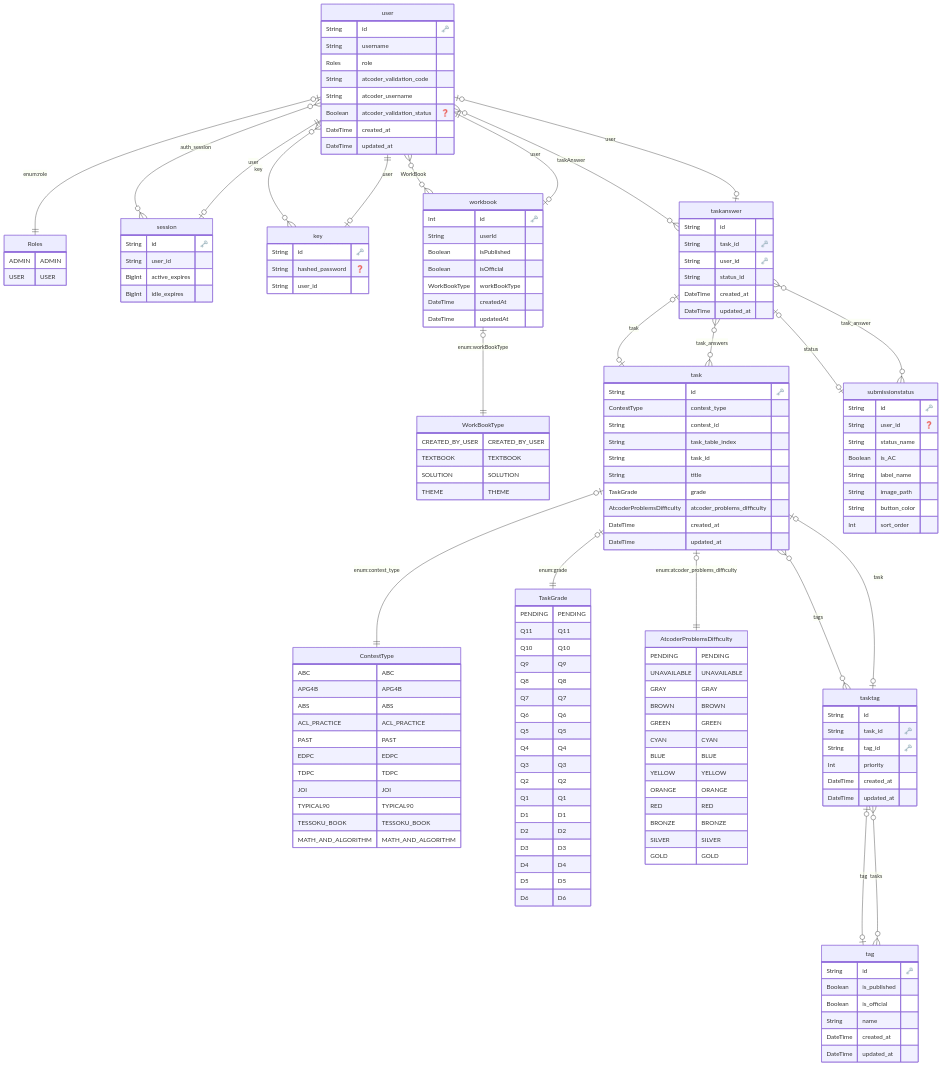
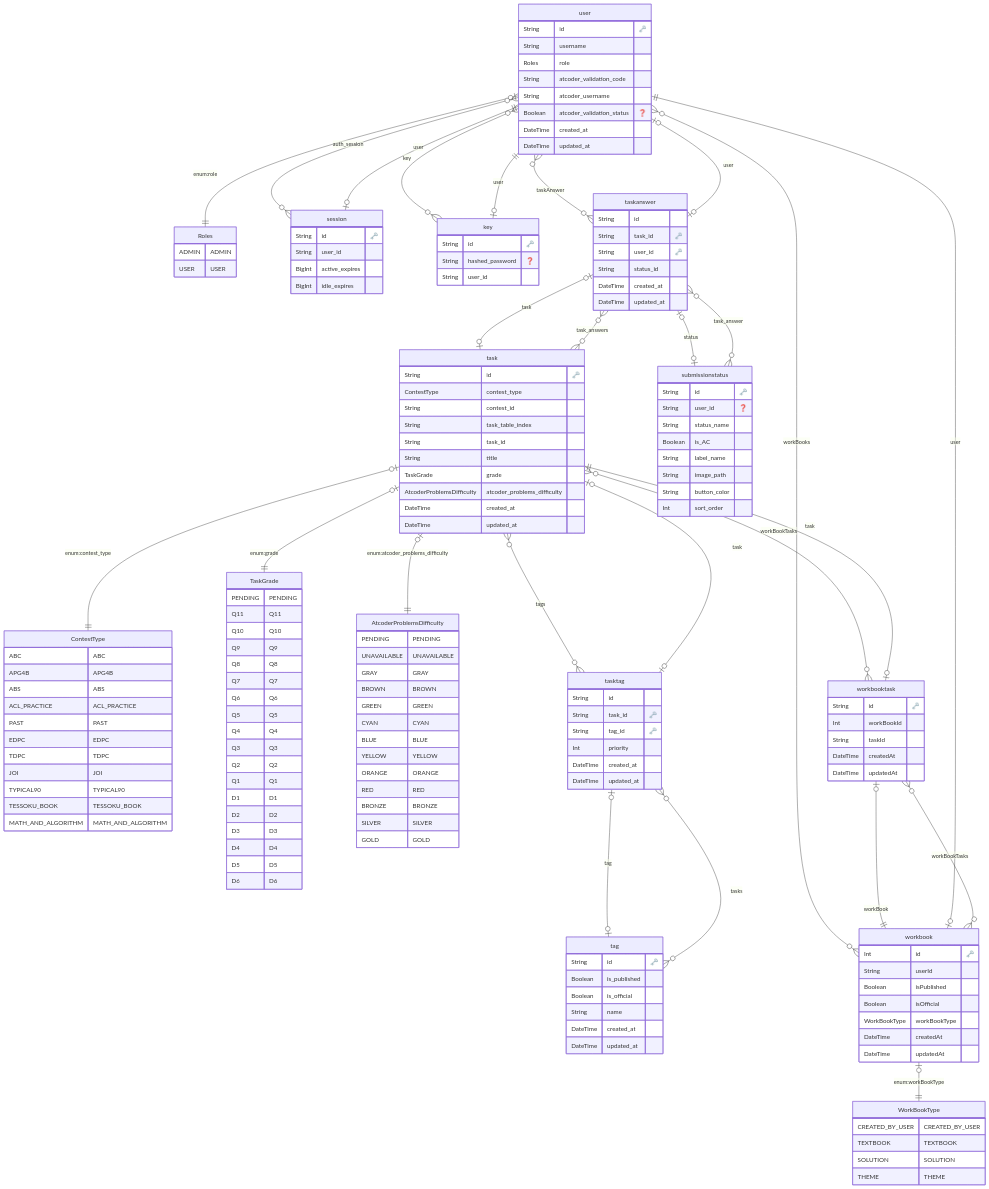
Before and after one commit to AtCoder-NoviSteps/AtCoderNoviSteps: the diagram in prisma/ERD.md, drawn with Mermaid.

Commit message:
:books: Update ERD (#696)

````diff
--- a/prisma/ERD.md
+++ b/prisma/ERD.md
@@ -165,18 +165,28 @@
     DateTime updatedAt 
     }
   
+
+  "workbooktask" {
+    String id "🗝️"
+    Int workBookId 
+    String taskId 
+    DateTime createdAt 
+    DateTime updatedAt 
+    }
+  
+    "user" o|--|| "Roles" : "enum:role"
     "user" o{--}o "session" : "auth_session"
     "user" o{--}o "key" : "key"
     "user" o{--}o "taskanswer" : "taskAnswer"
-    "user" o{--}o "workbook" : "WorkBook"
-    "user" o|--|| "Roles" : "enum:role"
+    "user" o{--}o "workbook" : "workBooks"
     "session" o|--|| "user" : "user"
     "key" o|--|| "user" : "user"
-    "task" o{--}o "taskanswer" : "task_answers"
     "task" o|--|| "ContestType" : "enum:contest_type"
     "task" o|--|| "TaskGrade" : "enum:grade"
     "task" o|--|| "AtcoderProblemsDifficulty" : "enum:atcoder_problems_difficulty"
     "task" o{--}o "tasktag" : "tags"
+    "task" o{--}o "taskanswer" : "task_answers"
+    "task" o{--}o "workbooktask" : "workBookTasks"
     "tag" o{--}o "tasktag" : "tasks"
     "tasktag" o|--|o "task" : "task"
     "tasktag" o|--|o "tag" : "tag"
@@ -186,4 +196,7 @@
     "submissionstatus" o{--}o "taskanswer" : "task_answer"
     "workbook" o|--|| "WorkBookType" : "enum:workBookType"
     "workbook" o|--|| "user" : "user"
+    "workbook" o{--}o "workbooktask" : "workBookTasks"
+    "workbooktask" o|--|| "workbook" : "workBook"
+    "workbooktask" o|--|| "task" : "task"
 ```
````
